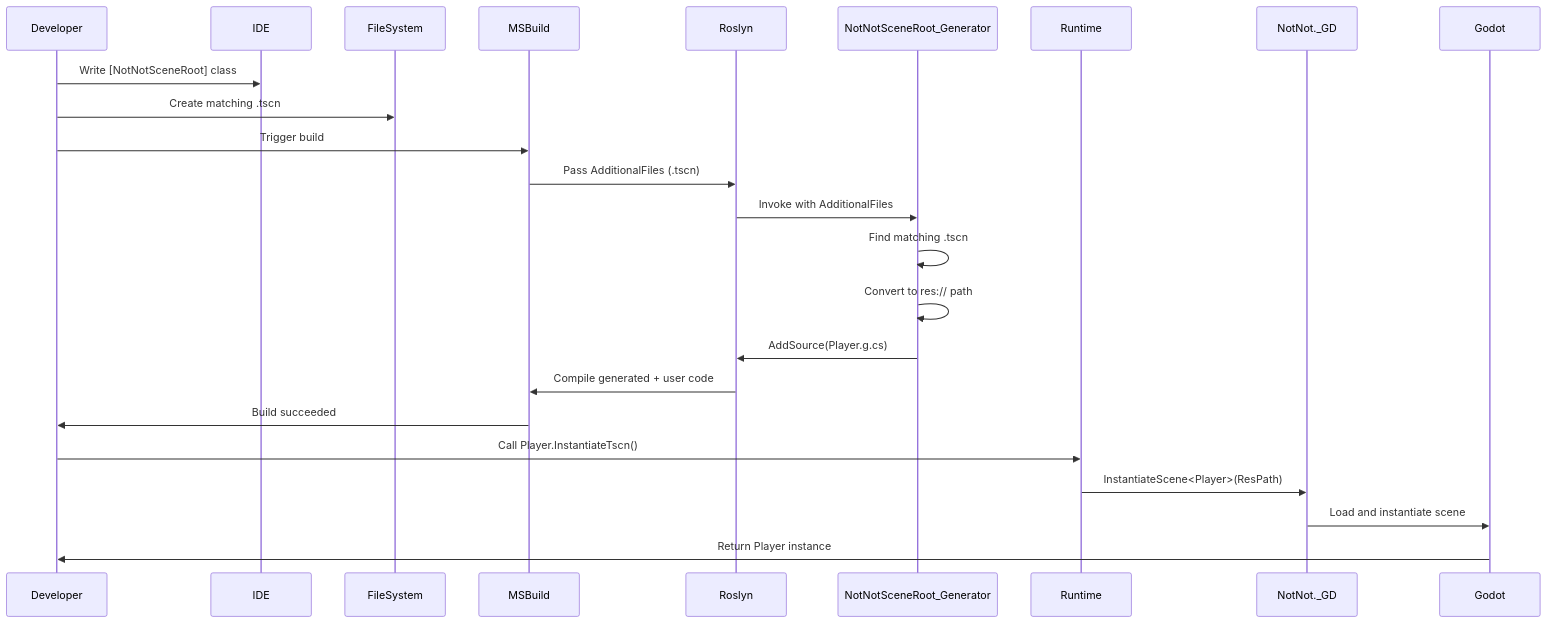
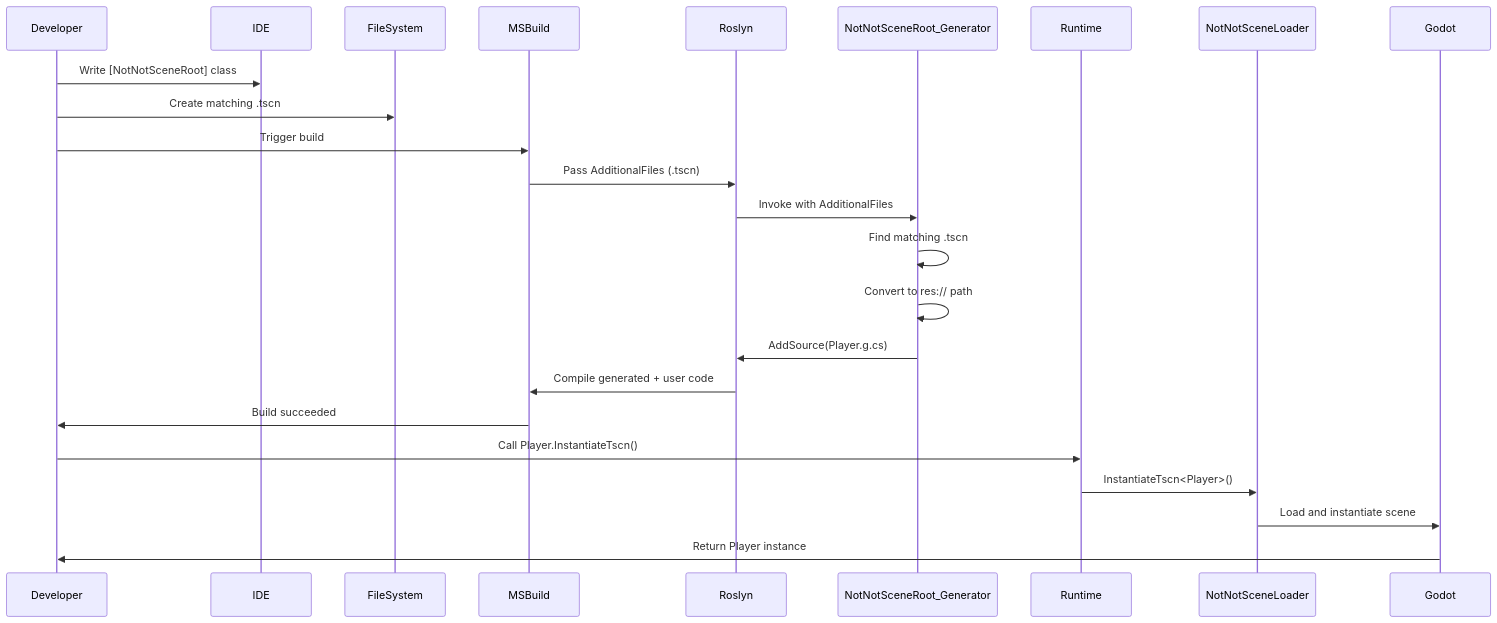
Before and after one commit to NotNotTech/NotNot-MonoRepo: the third of 4 diagrams in src/nuget/NotNot.GodotNet.SourceGen/NotNot.GodotNet.SourceGen.Vibe.PRD.md, drawn with Mermaid. The commit also changed other lines of this file and 13 other files, not shown here.

````diff
--- a/src/nuget/NotNot.GodotNet.SourceGen/NotNot.GodotNet.SourceGen.Vibe.PRD.md
+++ b/src/nuget/NotNot.GodotNet.SourceGen/NotNot.GodotNet.SourceGen.Vibe.PRD.md
@@ -570,17 +570,17 @@
 ```mermaid
 sequenceDiagram
     Developer->>IDE: Write [NotNotSceneRoot] class
     Developer->>FileSystem: Create matching .tscn
     Developer->>MSBuild: Trigger build
     MSBuild->>Roslyn: Pass AdditionalFiles (.tscn)
     Roslyn->>NotNotSceneRoot_Generator: Invoke with AdditionalFiles
     NotNotSceneRoot_Generator->>NotNotSceneRoot_Generator: Find matching .tscn
     NotNotSceneRoot_Generator->>NotNotSceneRoot_Generator: Convert to res:// path
     NotNotSceneRoot_Generator->>Roslyn: AddSource(Player.g.cs)
     Roslyn->>MSBuild: Compile generated + user code
     MSBuild->>Developer: Build succeeded
     Developer->>Runtime: Call Player.InstantiateTscn()
-    Runtime->>NotNot._GD: InstantiateScene<Player>(ResPath)
-    NotNot._GD->>Godot: Load and instantiate scene
+    Runtime->>NotNotSceneLoader: InstantiateTscn<Player>()
+    NotNotSceneLoader->>Godot: Load and instantiate scene
     Godot->>Developer: Return Player instance
 ```
````
